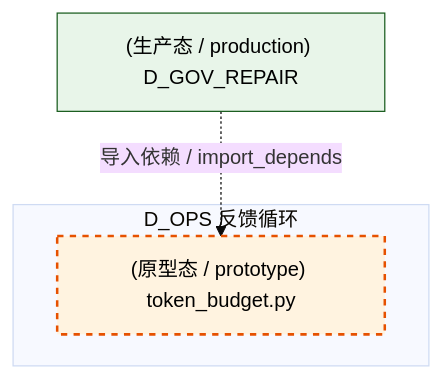
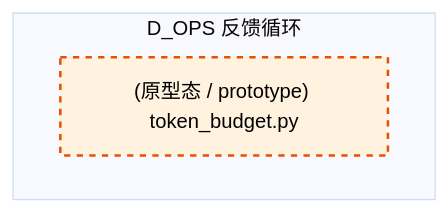
One commit to xuanFelixVan/ZephyrAlpha changed the third of 4 diagrams in docs/02_enterprise_architecture/02_domain_architecture_docs/21_d_ops.md. Above: the diagram before and after it, drawn with Mermaid (base theme). The commit also changed other lines of this file and 126 other files, not shown here.

````diff
--- a/docs/02_enterprise_architecture/02_domain_architecture_docs/21_d_ops.md
+++ b/docs/02_enterprise_architecture/02_domain_architecture_docs/21_d_ops.md
@@ -205,14 +199,11 @@
 ```mermaid
 graph TD
     subgraph D_OPS["D_OPS 反馈循环"]
         src_zephyr_governance_ops_governance_token_budget_py["(原型态 / prototype) token_budget.py"]
     end
-    D_GOV_REPAIR["(生产态 / production) D_GOV_REPAIR"]
-    D_GOV_REPAIR -.->|导入依赖 / import_depends| src_zephyr_governance_ops_governance_token_budget_py
     classDef production fill:#e1f5fe,stroke:#01579b,stroke-width:2px,color:#000
     classDef design fill:#fff3e0,stroke:#e65100,stroke-width:2px,color:#000,stroke-dasharray: 5 5
     classDef external_prod fill:#e8f5e9,stroke:#1b5e20,stroke-width:1px,color:#000
     classDef external_design fill:#fce4ec,stroke:#880e4f,stroke-width:1px,color:#000,stroke-dasharray: 5 5
     class src_zephyr_governance_ops_governance_token_budget_py design
-    class D_GOV_REPAIR external_prod
 ```
````
